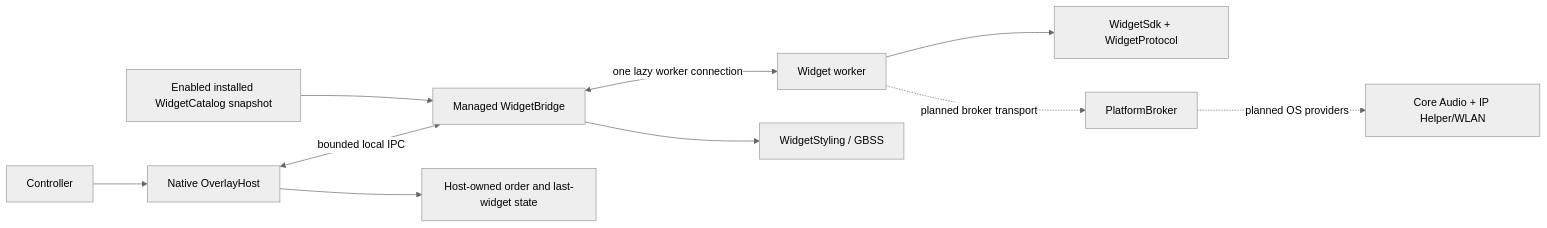
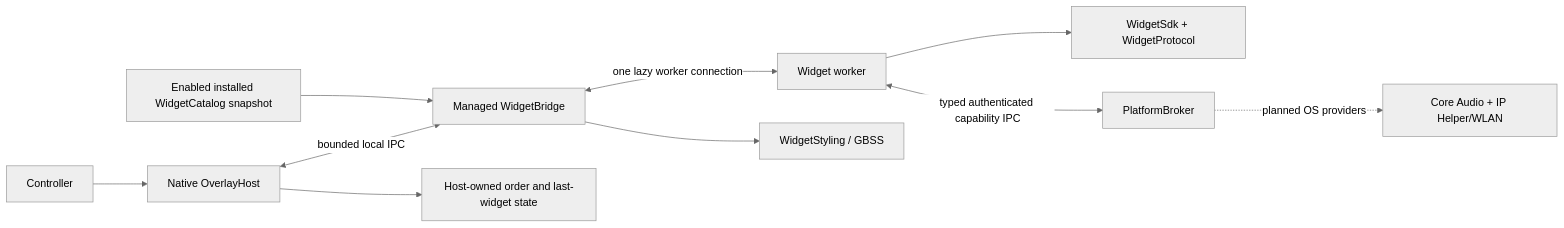
One commit to sandwi-dev/WidgetRail changed the diagram in docs/platform-architecture.md. Above: the diagram before and after it, drawn with Mermaid (neutral theme). The commit also changed other lines of this file and 44 other files, not shown here.

````diff
--- a/docs/platform-architecture.md
+++ b/docs/platform-architecture.md
@@ -10,12 +10,12 @@
 ```mermaid
 flowchart LR
     Controller["Controller"] --> Host["Native OverlayHost"]
     Host <-->|"bounded local IPC"| Bridge["Managed WidgetBridge"]
     Bridge <-->|"one lazy worker connection"| Worker["Widget worker"]
     Worker --> SDK["WidgetSdk + WidgetProtocol"]
     Bridge --> Styling["WidgetStyling / GBSS"]
-    Worker -. "planned broker transport" .-> Broker["PlatformBroker"]
+    Worker <-->|"typed authenticated capability IPC"| Broker["PlatformBroker"]
     Broker -. "planned OS providers" .-> Windows["Core Audio + IP Helper/WLAN"]
     Host --> State["Host-owned order and last-widget state"]
     Catalog["Enabled installed WidgetCatalog snapshot"] --> Bridge
 ```
````
